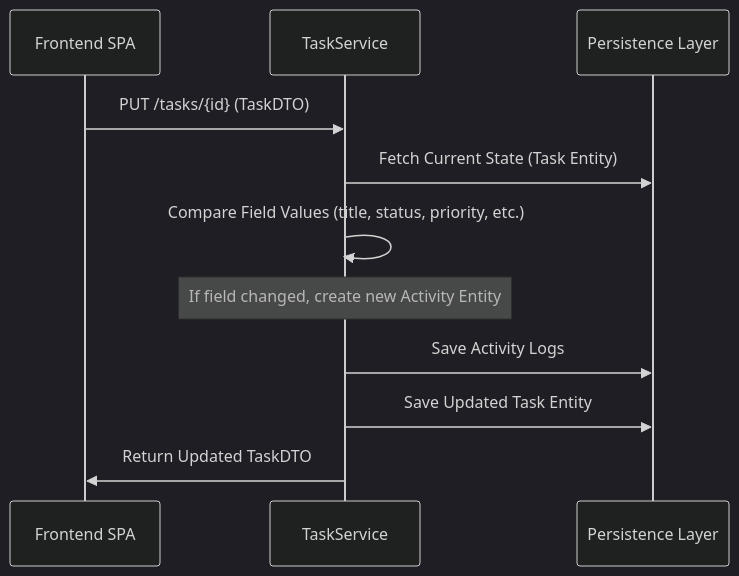
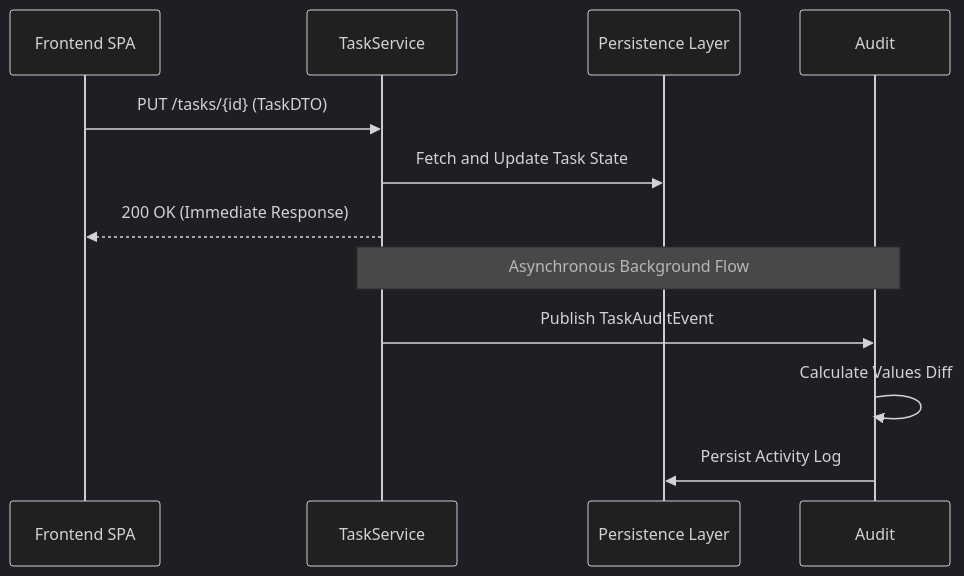
Before and after one commit to WilqueMessias/To-Do-GP: the third of 3 diagrams in TECHNICAL_DOCUMENTATION.md, drawn with Mermaid (dark theme). The commit also changed other lines of this file and 10 other files, not shown here.

````diff
--- a/TECHNICAL_DOCUMENTATION.md
+++ b/TECHNICAL_DOCUMENTATION.md
@@ -82,14 +85,15 @@
 ```mermaid
 sequenceDiagram
     participant UI as Frontend SPA
     participant SVC as TaskService
     participant DB as Persistence Layer
 
     UI->>SVC: PUT /tasks/{id} (TaskDTO)
-    SVC->>DB: Fetch Current State (Task Entity)
-    SVC->>SVC: Compare Field Values (title, status, priority, etc.)
-    Note over SVC: If field changed, create new Activity Entity
-    SVC->>DB: Save Activity Logs
-    SVC->>DB: Save Updated Task Entity
-    SVC->>UI: Return Updated TaskDTO
+    SVC->>DB: Fetch and Update Task State
+    SVC-->>UI: 200 OK (Immediate Response)
+    
+    Note over SVC,Audit: Asynchronous Background Flow
+    SVC->>Audit: Publish TaskAuditEvent
+    Audit->>Audit: Calculate Values Diff
+    Audit->>DB: Persist Activity Log
 ```
````
